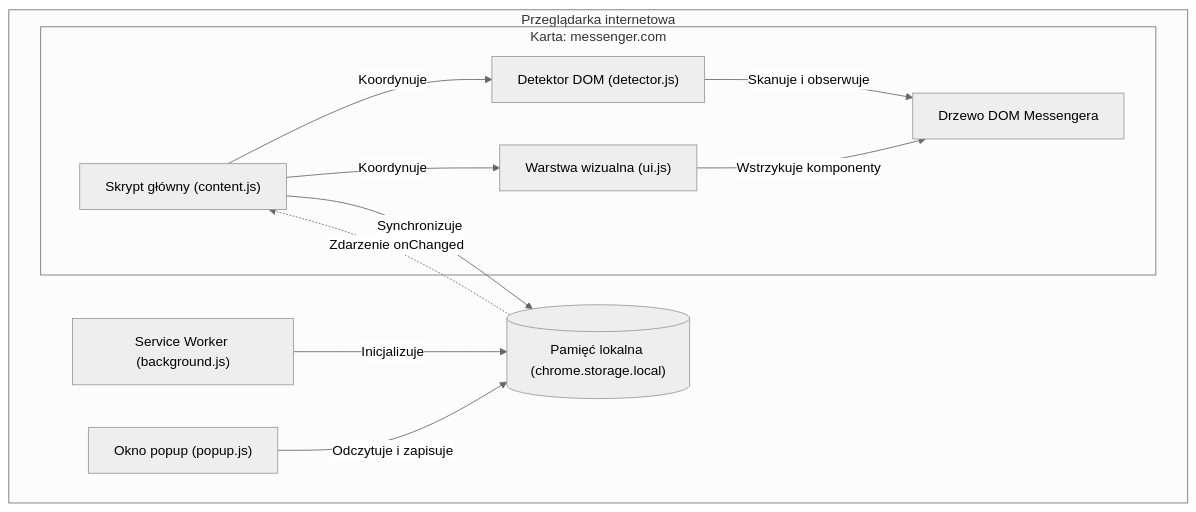
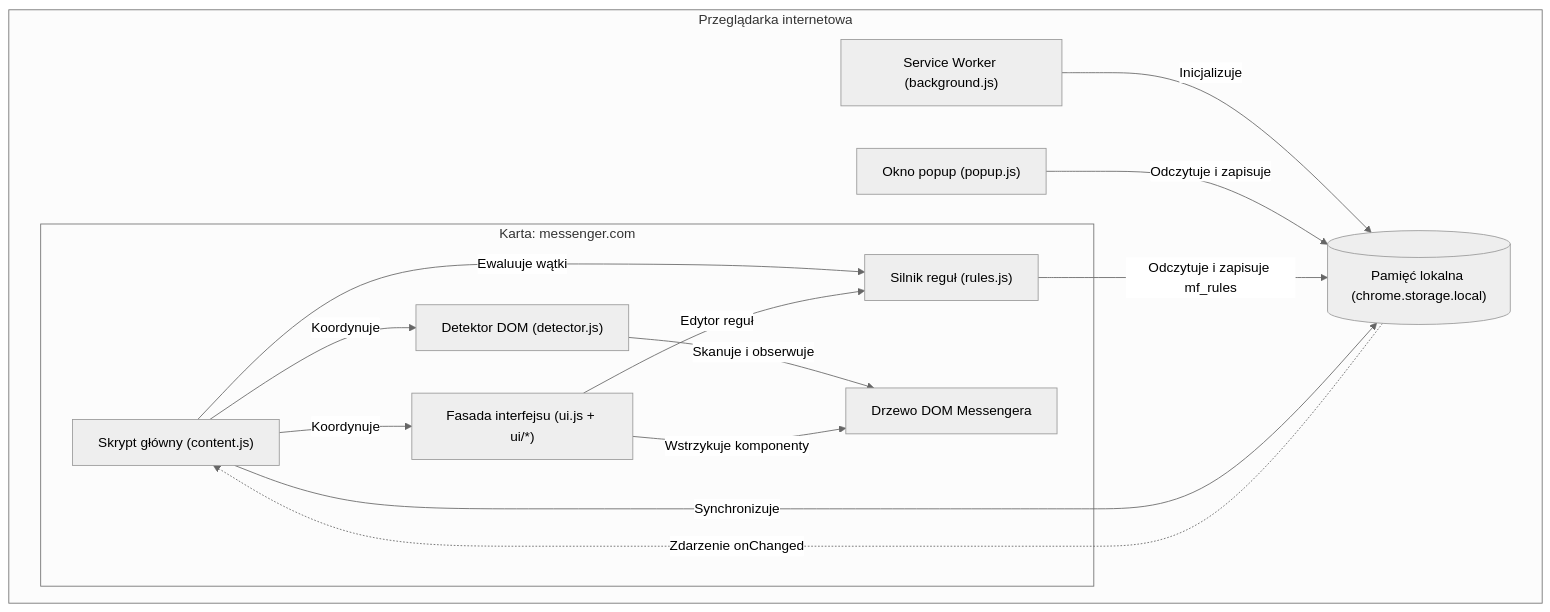
One commit to r0D7ynki/messenger-folders changed the first of 2 diagrams in docs/ARCHITECTURE.md. Above: the diagram before and after it, drawn with Mermaid (neutral theme). The commit also changed other lines of this file and 2 other files, not shown here.

First line of the commit message:
MF-023: dokumentacja silnika reguł i modułów src/ui/*

````diff
--- a/docs/ARCHITECTURE.md
+++ b/docs/ARCHITECTURE.md
@@ -37,24 +38,28 @@
 ```mermaid
 graph TD
     subgraph Browser ["Przeglądarka internetowa"]
         Popup["Okno popup (popup.js)"]
         Background["Service Worker (background.js)"]
         Storage[("Pamięć lokalna (chrome.storage.local)")]
         
         subgraph MessengerTab ["Karta: messenger.com"]
             Content["Skrypt główny (content.js)"]
             Detector["Detektor DOM (detector.js)"]
-            UI["Warstwa wizualna (ui.js)"]
+            Rules["Silnik reguł (rules.js)"]
+            UI["Fasada interfejsu (ui.js + ui/*)"]
             DOM["Drzewo DOM Messengera"]
         end
     end
 
     Background -->|Inicjalizuje| Storage
     Popup -->|Odczytuje i zapisuje| Storage
     Content -->|Koordynuje| Detector
     Content -->|Koordynuje| UI
+    Content -->|Ewaluuje wątki| Rules
+    UI -->|Edytor reguł| Rules
+    Rules -->|Odczytuje i zapisuje mf_rules| Storage
     Content -->|Synchronizuje| Storage
     Storage -.->|Zdarzenie onChanged| Content
     Detector -->|Skanuje i obserwuje| DOM
     UI -->|Wstrzykuje komponenty| DOM
 ```
````
